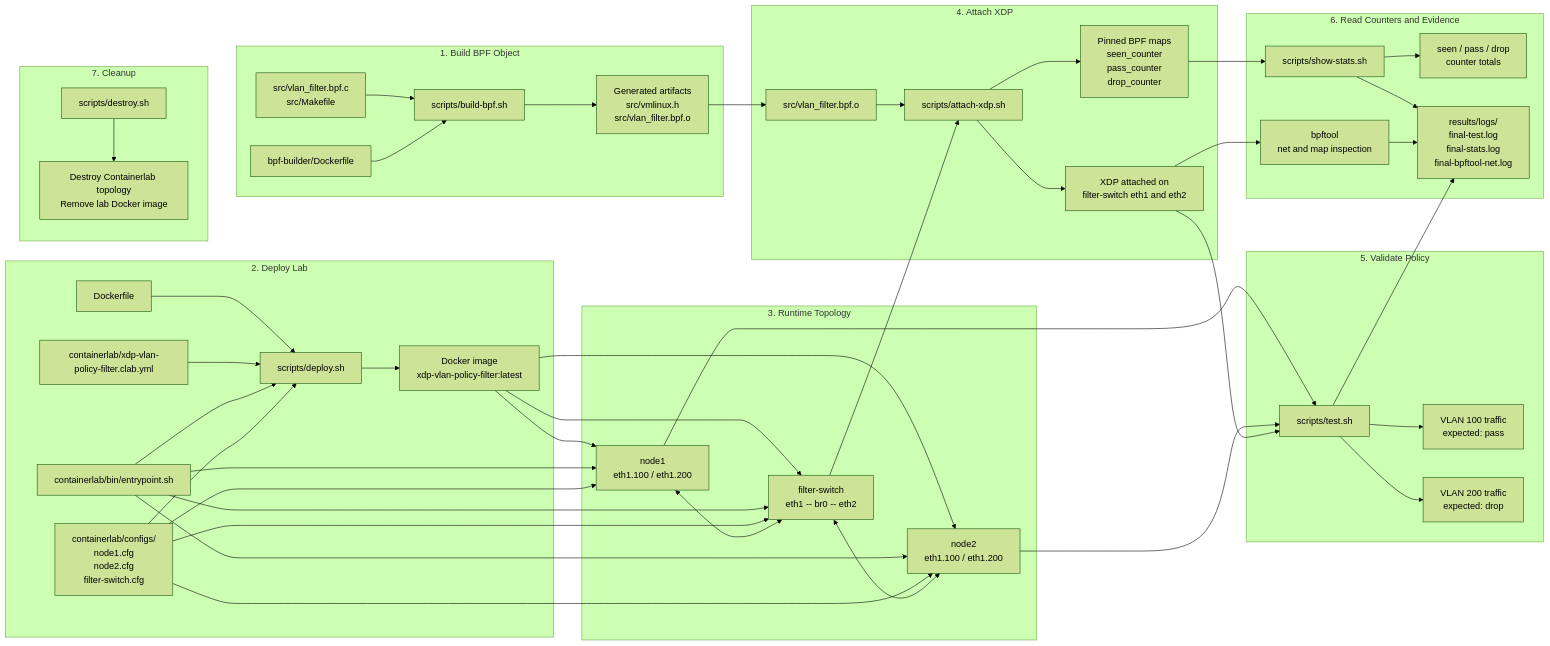
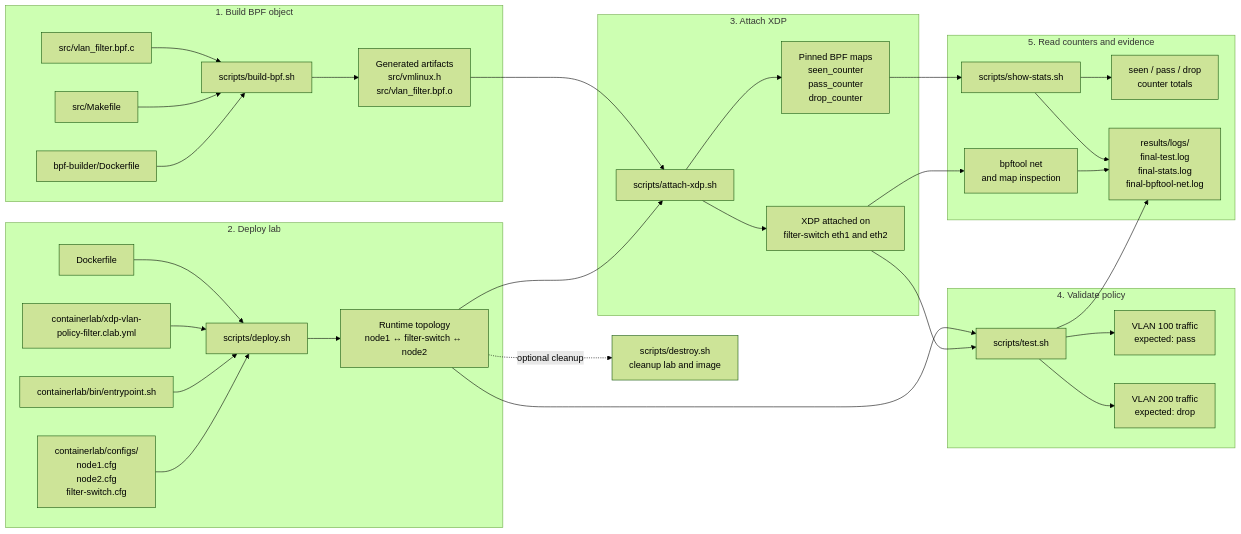
The first of 4 diagrams in README.md (atoummomen/xdp-vlan-policy-filter), drawn with Mermaid (forest theme) before and after one commit. The commit also changed other lines of this file, not shown here.

Commit message:
docs: add execution workflow

````diff
--- a/README.md
+++ b/README.md
@@ -76,79 +76,59 @@
 ```mermaid
 flowchart LR
 
-    subgraph BUILD["1. Build BPF Object"]
-        SRC["src/vlan_filter.bpf.c<br/>src/Makefile"]
-        BPFBUILDER["bpf-builder/Dockerfile"]
+    subgraph BUILD["1. Build BPF object"]
+        SRC["src/vlan_filter.bpf.c"]
+        MAKE["src/Makefile"]
+        BUILDER["bpf-builder/Dockerfile"]
         BUILDBPF["scripts/build-bpf.sh"]
-        ARTIFACTS["Generated artifacts<br/>src/vmlinux.h<br/>src/vlan_filter.bpf.o"]
+        BPFOUT["Generated artifacts<br/>src/vmlinux.h<br/>src/vlan_filter.bpf.o"]
     end
 
     SRC --> BUILDBPF
-    BPFBUILDER --> BUILDBPF
-    BUILDBPF --> ARTIFACTS
+    MAKE --> BUILDBPF
+    BUILDER --> BUILDBPF
+    BUILDBPF --> BPFOUT
 
-    subgraph DEPLOY["2. Deploy Lab"]
-        DOCKERFILE["Dockerfile"]
-        TOPOLOGY["containerlab/xdp-vlan-policy-filter.clab.yml"]
-        ENTRYPOINT["containerlab/bin/entrypoint.sh"]
+    subgraph DEPLOY["2. Deploy lab"]
+        DOCKER["Dockerfile"]
+        TOPO["containerlab/xdp-vlan-policy-filter.clab.yml"]
+        ENTRY["containerlab/bin/entrypoint.sh"]
         CONFIGS["containerlab/configs/<br/>node1.cfg<br/>node2.cfg<br/>filter-switch.cfg"]
         DEPLOYSH["scripts/deploy.sh"]
-        IMAGE["Docker image<br/>xdp-vlan-policy-filter:latest"]
+        RUNTIME["Runtime topology<br/>node1 ↔ filter-switch ↔ node2"]
     end
 
-    DOCKERFILE --> DEPLOYSH
-    TOPOLOGY --> DEPLOYSH
-    ENTRYPOINT --> DEPLOYSH
+    DOCKER --> DEPLOYSH
+    TOPO --> DEPLOYSH
+    ENTRY --> DEPLOYSH
     CONFIGS --> DEPLOYSH
-    DEPLOYSH --> IMAGE
+    DEPLOYSH --> RUNTIME
 
-    subgraph RUNTIME["3. Runtime Topology"]
-        NODE1["node1<br/>eth1.100 / eth1.200"]
-        SWITCH["filter-switch<br/>eth1 -- br0 -- eth2"]
-        NODE2["node2<br/>eth1.100 / eth1.200"]
-    end
-
-    IMAGE --> NODE1
-    IMAGE --> SWITCH
-    IMAGE --> NODE2
-    ENTRYPOINT --> NODE1
-    ENTRYPOINT --> SWITCH
-    ENTRYPOINT --> NODE2
-    CONFIGS --> NODE1
-    CONFIGS --> SWITCH
-    CONFIGS --> NODE2
-
-    NODE1 <--> SWITCH
-    SWITCH <--> NODE2
-
-    subgraph ATTACH["4. Attach XDP"]
+    subgraph ATTACH["3. Attach XDP"]
         ATTACHSH["scripts/attach-xdp.sh"]
-        BPFOBJ["src/vlan_filter.bpf.o"]
         XDPPORTS["XDP attached on<br/>filter-switch eth1 and eth2"]
         MAPS["Pinned BPF maps<br/>seen_counter<br/>pass_counter<br/>drop_counter"]
     end
 
-    ARTIFACTS --> BPFOBJ
-    BPFOBJ --> ATTACHSH
-    SWITCH --> ATTACHSH
+    BPFOUT --> ATTACHSH
+    RUNTIME --> ATTACHSH
     ATTACHSH --> XDPPORTS
     ATTACHSH --> MAPS
 
-    subgraph VALIDATE["5. Validate Policy"]
+    subgraph TEST["4. Validate policy"]
         TESTSH["scripts/test.sh"]
         VLAN100["VLAN 100 traffic<br/>expected: pass"]
         VLAN200["VLAN 200 traffic<br/>expected: drop"]
     end
 
-    NODE1 --> TESTSH
-    NODE2 --> TESTSH
+    RUNTIME --> TESTSH
     XDPPORTS --> TESTSH
     TESTSH --> VLAN100
     TESTSH --> VLAN200
 
-    subgraph STATS["6. Read Counters and Evidence"]
+    subgraph STATS["5. Read counters and evidence"]
         SHOWSTATS["scripts/show-stats.sh"]
-        BPFT["bpftool<br/>net and map inspection"]
+        BPFT["bpftool net<br/>and map inspection"]
         COUNTERS["seen / pass / drop<br/>counter totals"]
         LOGS["results/logs/<br/>final-test.log<br/>final-stats.log<br/>final-bpftool-net.log"]
     end
@@ -160,10 +140,6 @@
     SHOWSTATS --> LOGS
     BPFT --> LOGS
 
-    subgraph CLEANUP["7. Cleanup"]
-        DESTROY["scripts/destroy.sh"]
-        REMOVED["Destroy Containerlab topology<br/>Remove lab Docker image"]
-    end
-
-    DESTROY --> REMOVED
+    CLEANUP["scripts/destroy.sh<br/>cleanup lab and image"]
+    RUNTIME -. optional cleanup .-> CLEANUP
 ```
````
